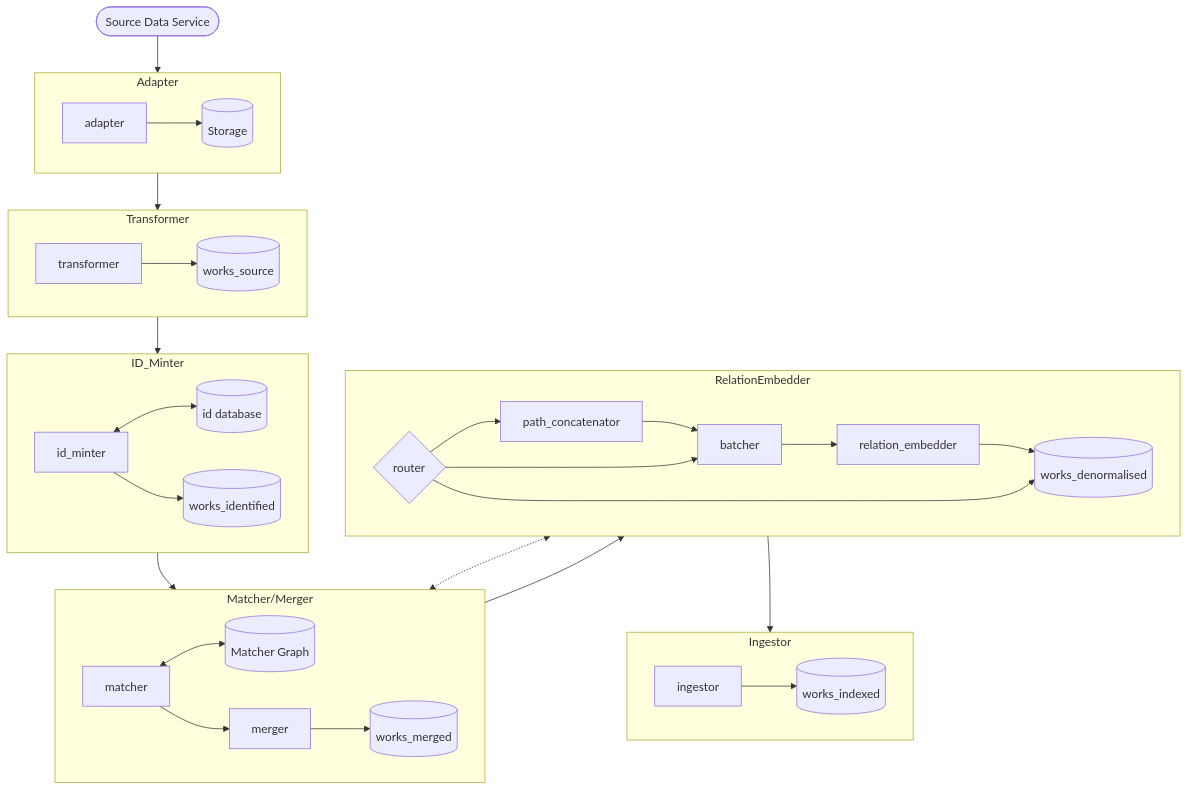
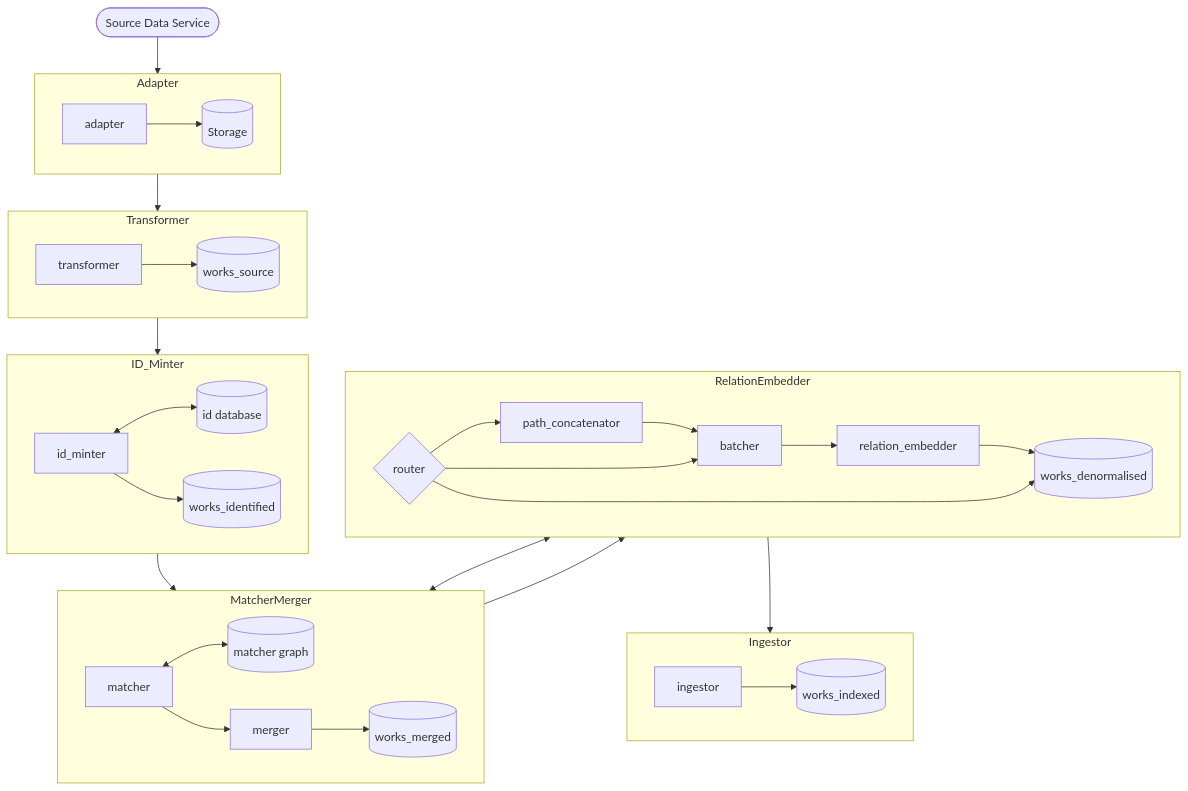
One commit to wellcomecollection/catalogue-pipeline changed the diagram in pipeline/README.md. Above: the diagram before and after it, drawn with Mermaid.

Commit message:
Fix GitHub-specific mermaid syntax

````diff
--- a/pipeline/README.md
+++ b/pipeline/README.md
@@ -7,55 +7,60 @@
 ```mermaid
-flowchart TD
-    start([Source Data Service]) --> Adapter
+flowchart TB
+ start([Source Data Service]) --> Adapter
     storage[(Storage)]
-    matcher_graph[(Matcher Graph)]
-    id_database[(id database)]
-    works_source[(works_source)]
-    works_identified[(works_identified)]
-    works_merged[(works_merged)]
-    works_denormalised[(works_denormalised)]
-    works_indexed[(works_indexed)]
-    router{router}
+
     subgraph Adapter
         direction LR
         adapter --> storage
     end
+
+    works_source[(works_source)]
     subgraph Transformer
         direction LR
         transformer --> works_source
     end
+
+    id_database[(id database)]
+    works_identified[(works_identified)]
     subgraph ID_Minter
         direction LR
         id_minter <--> id_database
         id_minter --> works_identified
     end
 
-    subgraph Matcher/Merger
+    matchergraph[(matcher graph)]
+    works_merged[(works_merged)]
+    subgraph MatcherMerger
         direction LR
-        matcher <--> matcher_graph
+        matcher <--> matchergraph
         matcher --> merger
         merger --> works_merged
+
     end
 
+    works_denormalised[(works_denormalised)]
+    router{router}
     subgraph RelationEmbedder
         direction LR
         router --> path_concatenator
-        path_concatenator <-.-> works_merged
+        path_concatenator <--> works_merged
         path_concatenator --> batcher
         router --> batcher
         batcher --> relation_embedder
         relation_embedder --> works_denormalised
         router --> works_denormalised
     end
 
+    works_indexed[(works_indexed)]
     subgraph Ingestor
         direction LR
         ingestor --> works_indexed
     end
 
     Adapter --> Transformer
     Transformer --> ID_Minter
-    ID_Minter --> Matcher/Merger
-    Matcher/Merger --> RelationEmbedder
+    ID_Minter --> MatcherMerger
+    MatcherMerger --> RelationEmbedder
     RelationEmbedder --> Ingestor
+
 ```
````
